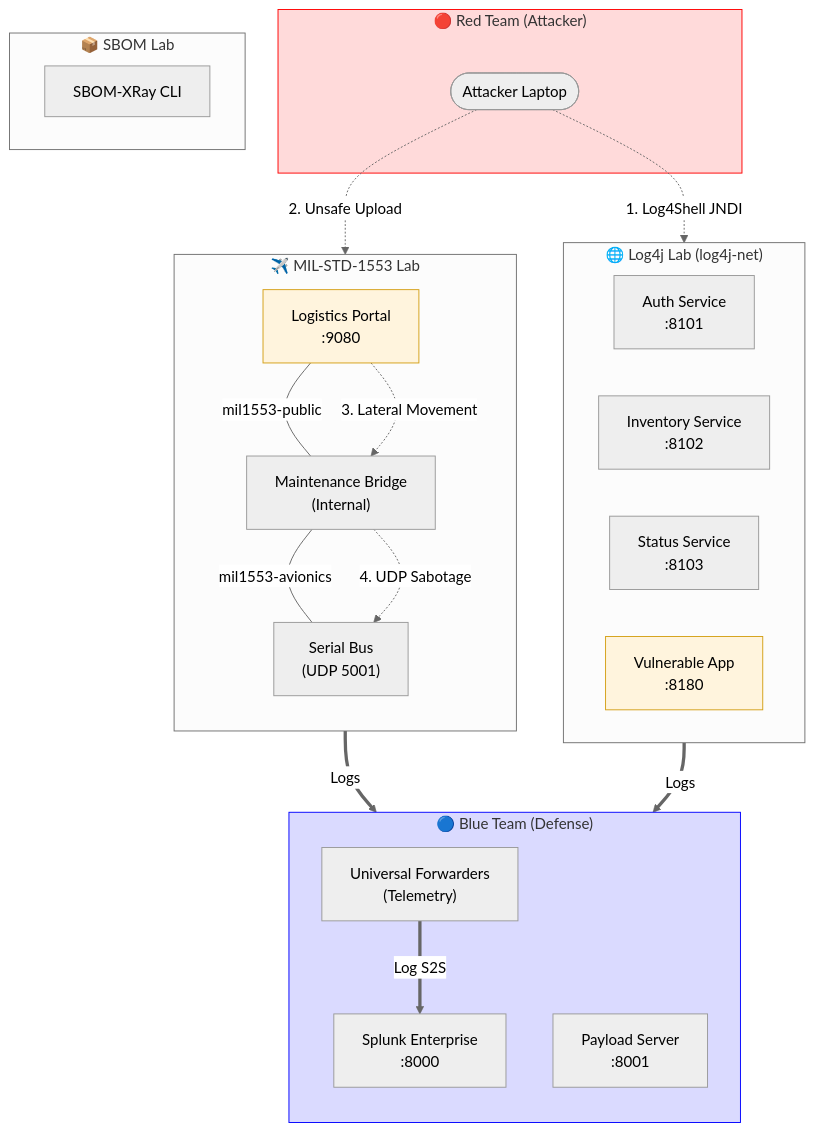
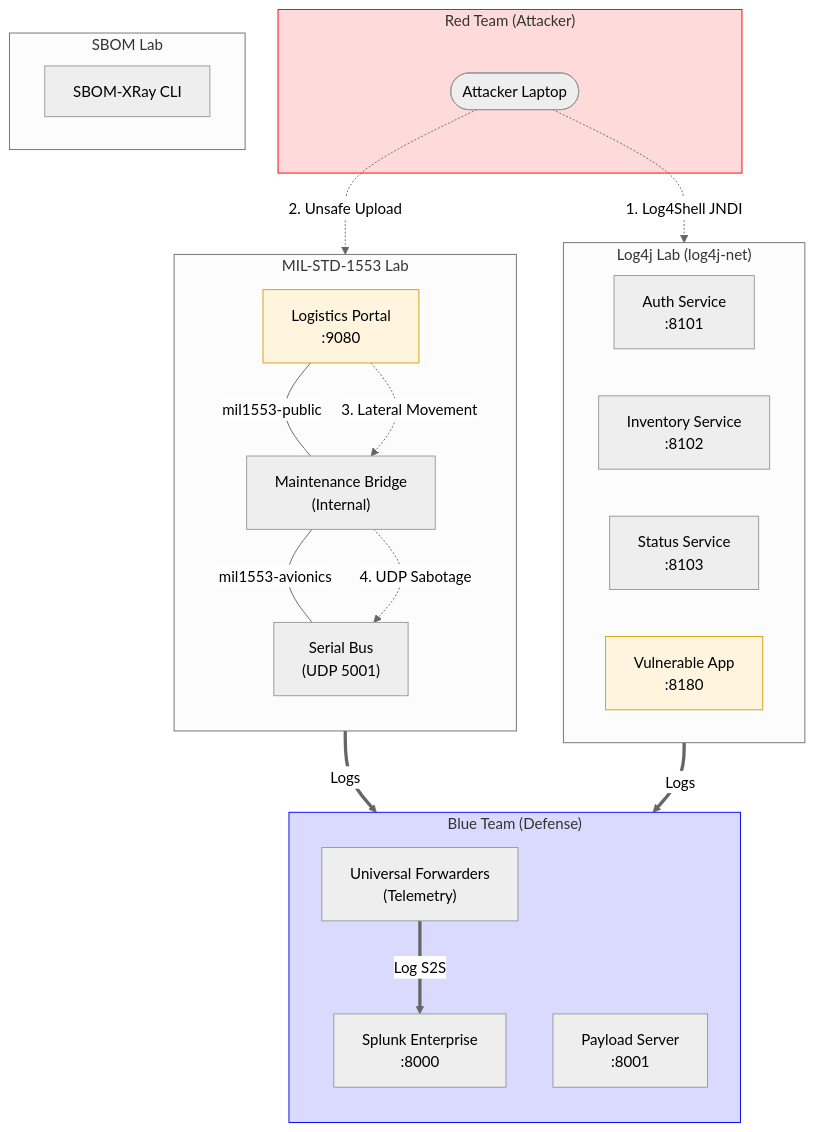
The diagram in README.md (HAFB-Capstone/DEMO-FULL), drawn with Mermaid (neutral theme) before and after one commit. The commit also changed other lines of this file, not shown here.

Commit message:
Cleaned up labels

````diff
--- a/README.md
+++ b/README.md
@@ -5,50 +5,50 @@
 ```mermaid
 flowchart TB
-    subgraph red["🔴 Red Team (Attacker)"]
+    subgraph red["Red Team (Attacker)"]
         RT([Attacker Laptop])
     end
 
-    subgraph blue["🔵 Blue Team (Defense)"]
+    subgraph blue["Blue Team (Defense)"]
         direction TB
         S["Splunk Enterprise<br/>:8000"]
         UF["Universal Forwarders<br/>(Telemetry)"]
         PS["Payload Server<br/>:8001"]
         UF ==>|Log S2S| S
     end
 
-    subgraph log4j["🌐 Log4j Lab (log4j-net)"]
+    subgraph log4j["Log4j Lab (log4j-net)"]
         direction LR
         L1["Auth Service<br/>:8101"]
         L2["Inventory Service<br/>:8102"]
         L3["Status Service<br/>:8103"]
         VA["Vulnerable App<br/>:8180"]
     end
 
-    subgraph mil["✈️ MIL-STD-1553 Lab"]
+    subgraph mil["MIL-STD-1553 Lab"]
         direction TB
         LP["Logistics Portal<br/>:9080"]
         MT["Maintenance Bridge<br/>(Internal)"]
         SB["Serial Bus<br/>(UDP 5001)"]
         LP ---|mil1553-public| MT
         MT ---|mil1553-avionics| SB
     end
 
-    subgraph sbom["📦 SBOM Lab"]
+    subgraph sbom["SBOM Lab"]
         SX["SBOM-XRay CLI"]
     end
 
     %% Attack Paths
     RT -.->|1. Log4Shell JNDI| VA
     RT -.->|2. Unsafe Upload| LP
     LP -.->|3. Lateral Movement| MT
     MT -.->|4. UDP Sabotage| SB
 
     %% Telemetry Paths
     log4j ==>|Logs| UF
     mil ==>|Logs| UF
 
     style red fill:#ffdada,stroke:#ff0000
     style blue fill:#dadaff,stroke:#0000ff
     style VA fill:#fff4dd,stroke:#d4a017
     style LP fill:#fff4dd,stroke:#d4a017
 ```
````
